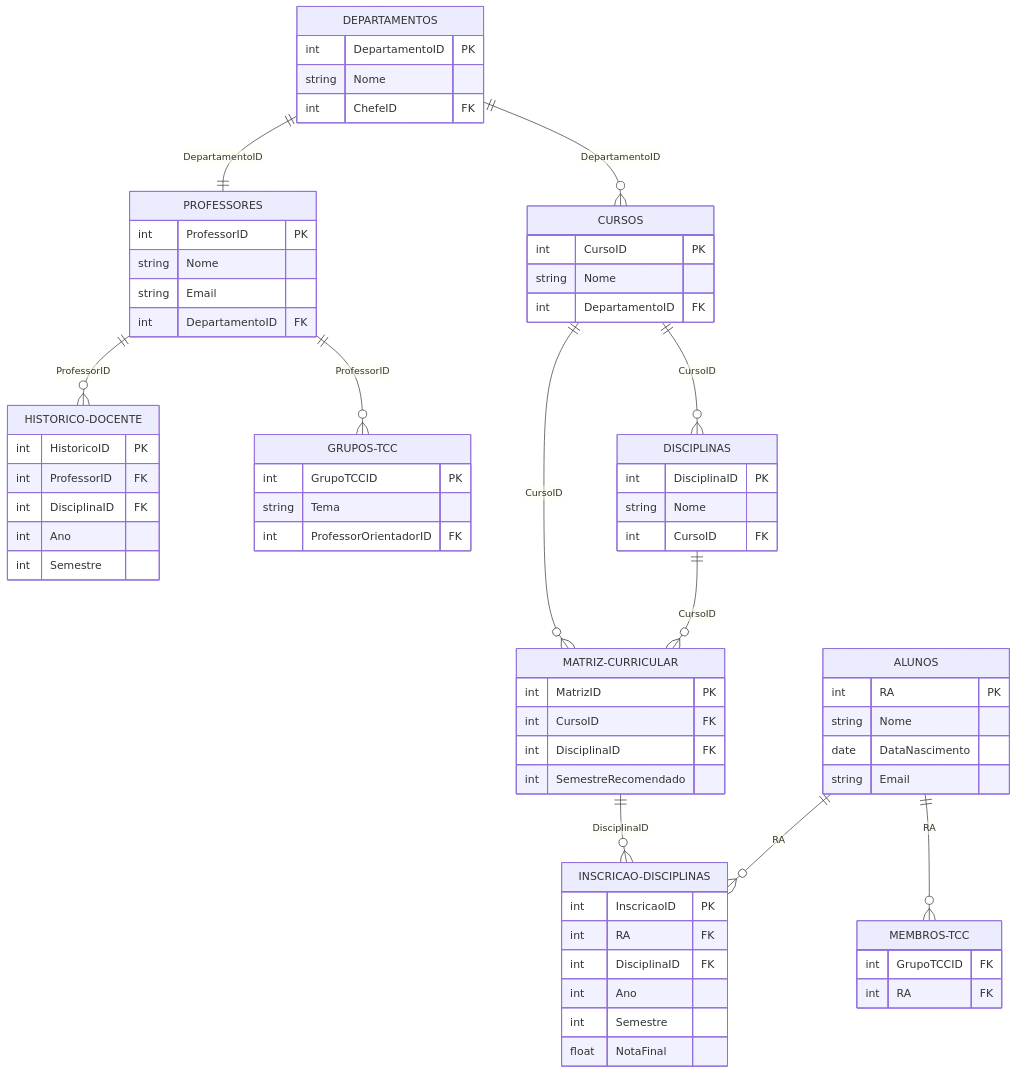
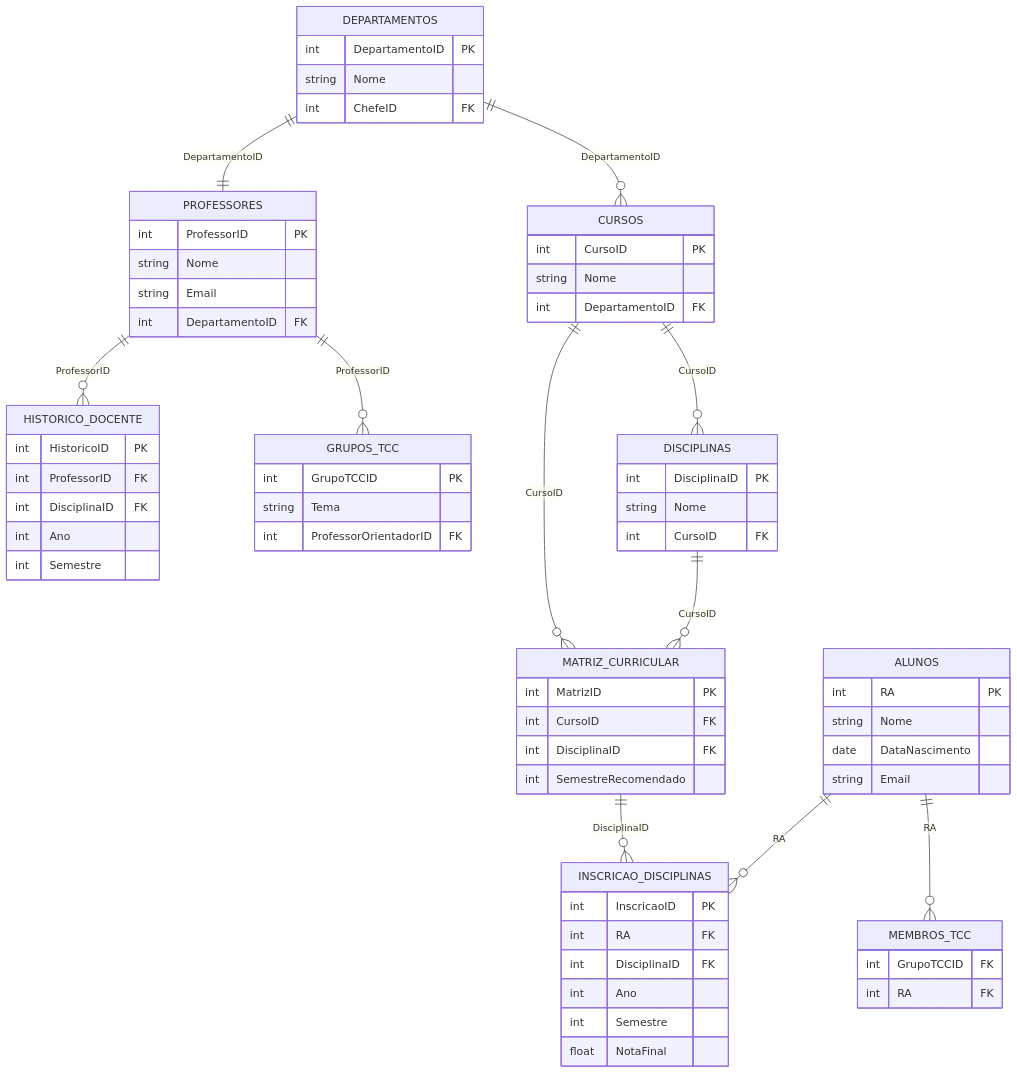
One commit to guilherme541/Projeto-DB changed the diagram in README.md. Above: the diagram before and after it, drawn with Mermaid.

````diff
--- a/README.md
+++ b/README.md
@@ -10,80 +10,80 @@
 ```mermaid
 erDiagram
-    ALUNOS ||--o{ INSCRICAO-DISCIPLINAS : RA
-    ALUNOS ||--o{ MEMBROS-TCC : RA
-    PROFESSORES ||--o{ HISTORICO-DOCENTE : ProfessorID
-    PROFESSORES ||--o{ GRUPOS-TCC : ProfessorID
+    ALUNOS ||--o{ INSCRICAO_DISCIPLINAS : RA
+    ALUNOS ||--o{ MEMBROS_TCC : RA
+    PROFESSORES ||--o{ HISTORICO_DOCENTE : ProfessorID
+    PROFESSORES ||--o{ GRUPOS_TCC : ProfessorID
     DEPARTAMENTOS ||--|| PROFESSORES : DepartamentoID
     DEPARTAMENTOS ||--o{ CURSOS : DepartamentoID
     CURSOS ||--o{ DISCIPLINAS : CursoID
-    DISCIPLINAS ||--o{ MATRIZ-CURRICULAR : CursoID
-    CURSOS ||--o{ MATRIZ-CURRICULAR : CursoID
-    MATRIZ-CURRICULAR ||--o{ INSCRICAO-DISCIPLINAS : DisciplinaID
+    DISCIPLINAS ||--o{ MATRIZ_CURRICULAR : CursoID
+    CURSOS ||--o{ MATRIZ_CURRICULAR : CursoID
+    MATRIZ_CURRICULAR ||--o{ INSCRICAO_DISCIPLINAS : DisciplinaID
 
     ALUNOS {
         int RA PK
         string Nome
         date DataNascimento
         string Email
     }
 
     PROFESSORES {
         int ProfessorID PK
         string Nome
         string Email
         int DepartamentoID FK
     }
 
     DEPARTAMENTOS {
         int DepartamentoID PK
         string Nome
         int ChefeID FK
     }
 
     CURSOS {
         int CursoID PK
         string Nome
         int DepartamentoID FK
     }
 
     DISCIPLINAS {
         int DisciplinaID PK
         string Nome
         int CursoID FK
     }
 
-    MATRIZ-CURRICULAR {
+    MATRIZ_CURRICULAR {
         int MatrizID PK
         int CursoID FK
         int DisciplinaID FK
         int SemestreRecomendado
     }
 
-    INSCRICAO-DISCIPLINAS {
+    INSCRICAO_DISCIPLINAS {
         int InscricaoID PK
         int RA FK
         int DisciplinaID FK
         int Ano
         int Semestre
         float NotaFinal
     }
 
-    HISTORICO-DOCENTE {
+    HISTORICO_DOCENTE {
         int HistoricoID PK
         int ProfessorID FK
         int DisciplinaID FK
         int Ano
         int Semestre
     }
 
-    GRUPOS-TCC {
+    GRUPOS_TCC {
         int GrupoTCCID PK
         string Tema
         int ProfessorOrientadorID FK
     }
 
-    MEMBROS-TCC {
+    MEMBROS_TCC {
         int GrupoTCCID FK
         int RA FK
     }
 ```
````
